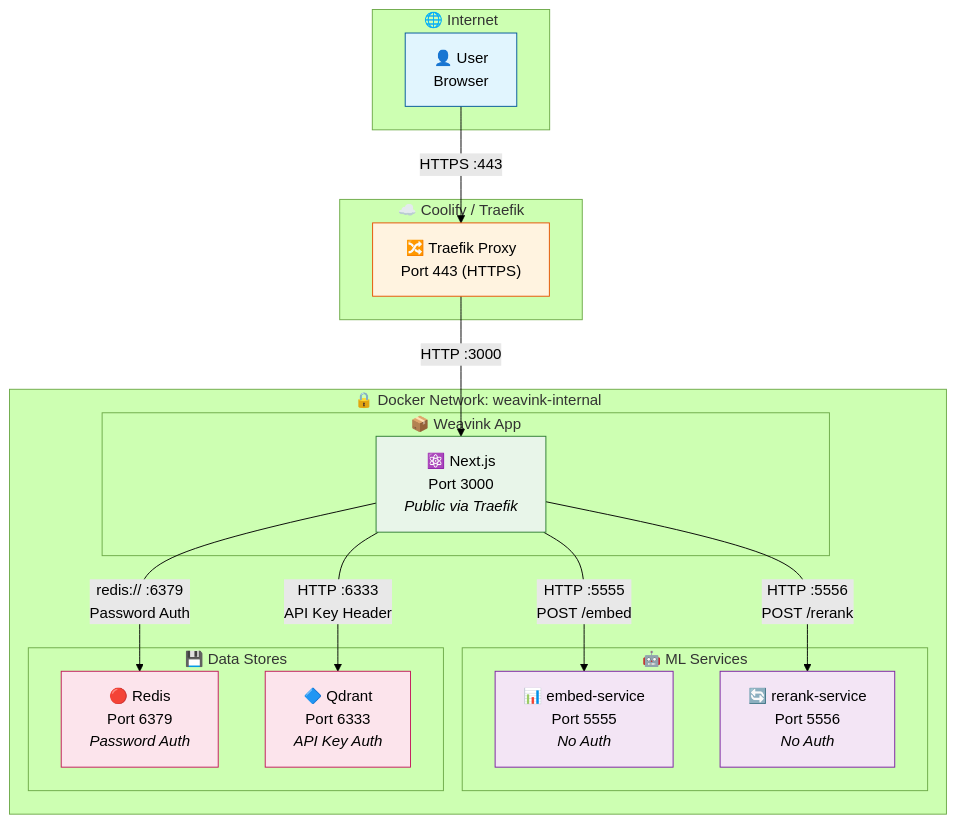
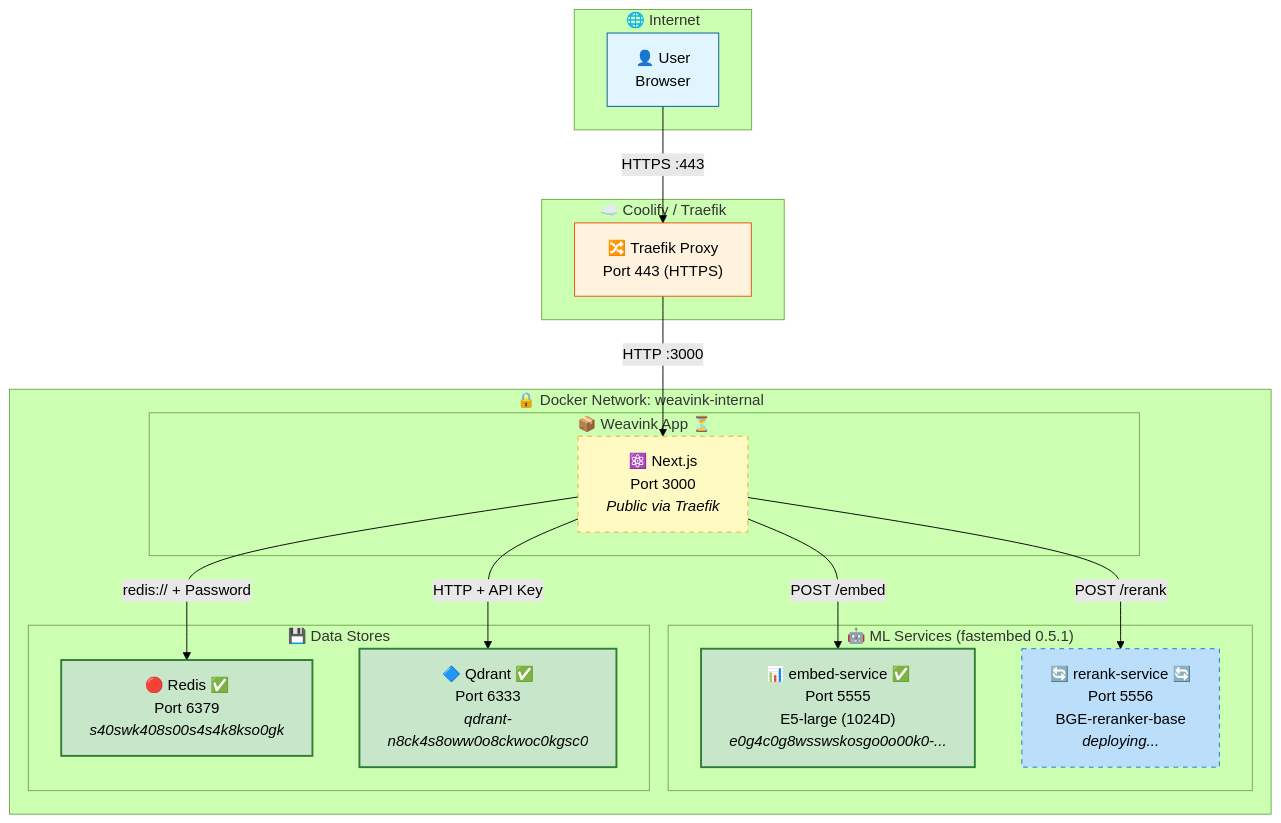
Before and after one commit to zulianileonardo-ops/Weavink-Prod: the first of 2 diagrams in documentation/guides/COOLIFY_SERVICE_NETWORKING.md, drawn with Mermaid (forest theme). The commit also changed other lines of this file, not shown here.

````diff
--- a/documentation/guides/COOLIFY_SERVICE_NETWORKING.md
+++ b/documentation/guides/COOLIFY_SERVICE_NETWORKING.md
@@ -122,50 +131,52 @@
 ```mermaid
 flowchart TB
     subgraph Internet["🌐 Internet"]
         User["👤 User<br/>Browser"]
     end
 
     subgraph Coolify["☁️ Coolify / Traefik"]
         Traefik["🔀 Traefik Proxy<br/>Port 443 (HTTPS)"]
     end
 
     subgraph DockerNetwork["🔒 Docker Network: weavink-internal"]
-        subgraph WeavinkApp["📦 Weavink App"]
+        subgraph WeavinkApp["📦 Weavink App ⏳"]
             NextJS["⚛️ Next.js<br/>Port 3000<br/><i>Public via Traefik</i>"]
         end
 
-        subgraph MLServices["🤖 ML Services"]
-            Embed["📊 embed-service<br/>Port 5555<br/><i>No Auth</i>"]
-            Rerank["🔄 rerank-service<br/>Port 5556<br/><i>No Auth</i>"]
+        subgraph MLServices["🤖 ML Services (fastembed 0.5.1)"]
+            Embed["📊 embed-service ✅<br/>Port 5555<br/>E5-large (1024D)<br/><i>e0g4c0g8wsswskosgo0o00k0-...</i>"]
+            Rerank["🔄 rerank-service 🔄<br/>Port 5556<br/>BGE-reranker-base<br/><i>deploying...</i>"]
         end
 
         subgraph DataStores["💾 Data Stores"]
-            Redis["🔴 Redis<br/>Port 6379<br/><i>Password Auth</i>"]
-            Qdrant["🔷 Qdrant<br/>Port 6333<br/><i>API Key Auth</i>"]
+            Redis["🔴 Redis ✅<br/>Port 6379<br/><i>s40swk408s00s4s4k8kso0gk</i>"]
+            Qdrant["🔷 Qdrant ✅<br/>Port 6333<br/><i>qdrant-n8ck4s8oww0o8ckwoc0kgsc0</i>"]
         end
     end
 
     %% External connections
     User -->|"HTTPS :443"| Traefik
     Traefik -->|"HTTP :3000"| NextJS
 
     %% Internal connections from Weavink
-    NextJS -->|"HTTP :5555<br/>POST /embed"| Embed
-    NextJS -->|"HTTP :5556<br/>POST /rerank"| Rerank
-    NextJS -->|"redis:// :6379<br/>Password Auth"| Redis
-    NextJS -->|"HTTP :6333<br/>API Key Header"| Qdrant
+    NextJS -->|"POST /embed"| Embed
+    NextJS -->|"POST /rerank"| Rerank
+    NextJS -->|"redis:// + Password"| Redis
+    NextJS -->|"HTTP + API Key"| Qdrant
 
     %% Styling
     classDef internet fill:#e1f5fe,stroke:#01579b
     classDef proxy fill:#fff3e0,stroke:#e65100
     classDef app fill:#e8f5e9,stroke:#2e7d32
-    classDef ml fill:#f3e5f5,stroke:#7b1fa2
+    classDef deployed fill:#c8e6c9,stroke:#2e7d32,stroke-width:2px
+    classDef deploying fill:#bbdefb,stroke:#1976d2,stroke-dasharray: 5 5
+    classDef pending fill:#fff9c4,stroke:#f9a825,stroke-dasharray: 5 5
     classDef data fill:#fce4ec,stroke:#c2185b
-    classDef network fill:#f5f5f5,stroke:#616161,stroke-dasharray: 5 5
 
     class User internet
     class Traefik proxy
-    class NextJS app
-    class Embed,Rerank ml
-    class Redis,Qdrant data
+    class NextJS pending
+    class Embed deployed
+    class Rerank deploying
+    class Redis,Qdrant deployed
 ```
````
